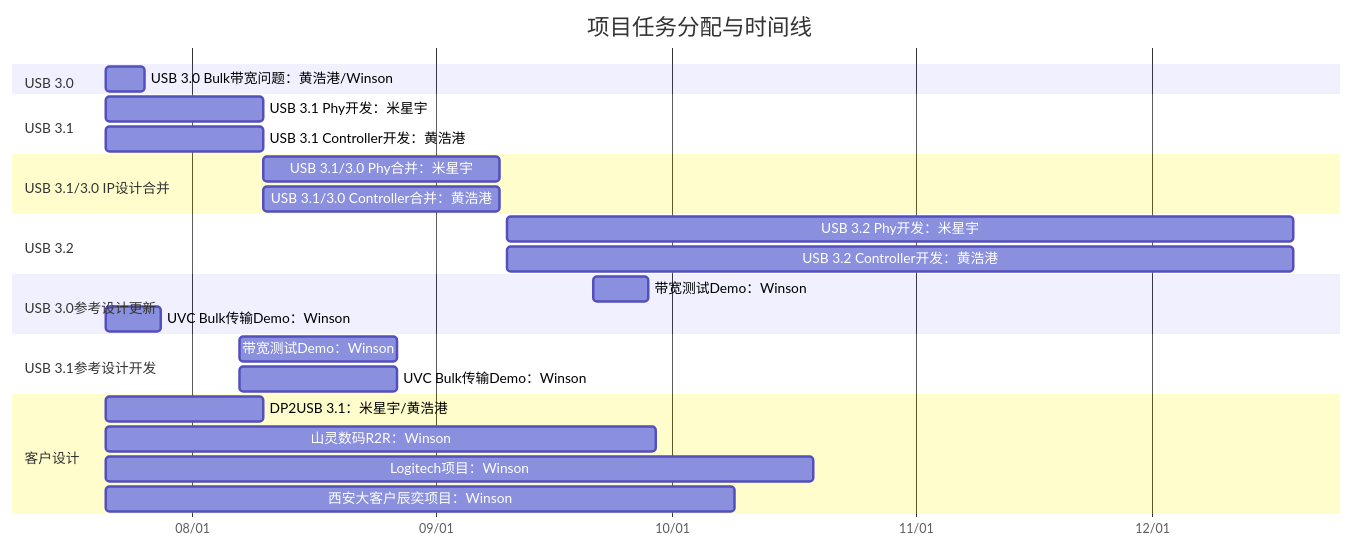
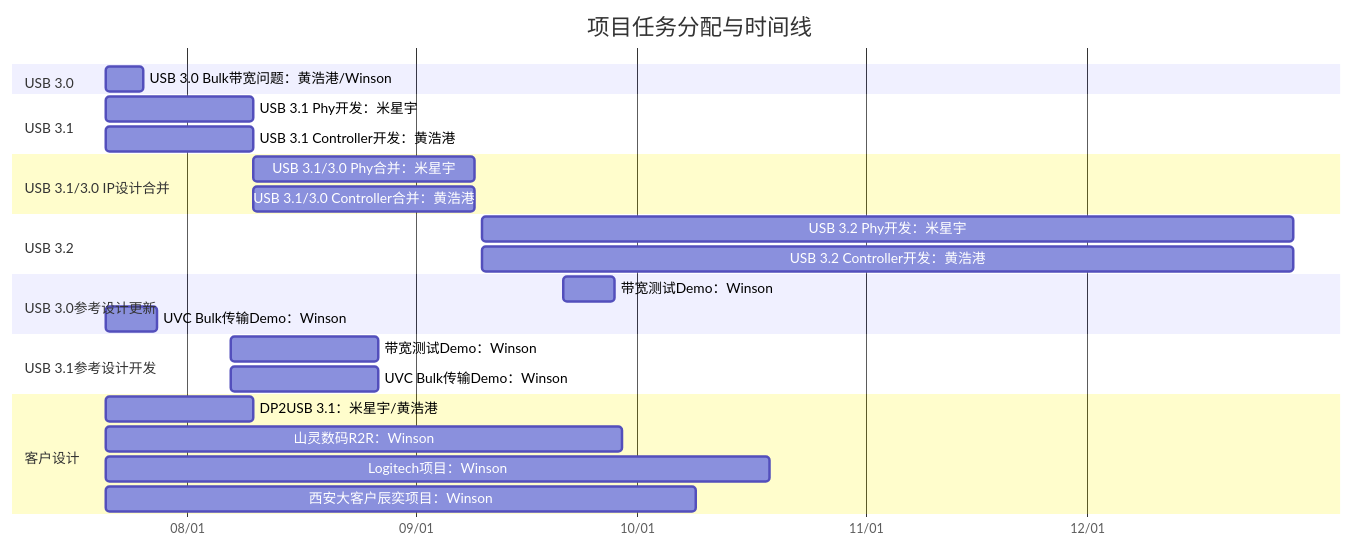
The diagram in all/未命名.md (winsonbook/iodraw-files), drawn with Mermaid before and after one commit.

Commit message:
2025-07-21 10:15:31 update

````diff
--- a/all/未命名.md
+++ b/all/未命名.md
@@ -1,35 +1,35 @@
 ```mermaid
 gantt
     title 项目任务分配与时间线
     dateFormat  YYYY-MM-DD
     axisFormat  %m/%d
 
     section USB 3.0
     USB 3.0 Bulk带宽问题：黄浩港/Winson   :    task1, 2025-07-21, 5d
 
     section USB 3.1
     USB 3.1 Phy开发：米星宇      :         task2, 2025-07-21, 20d
     USB 3.1 Controller开发：黄浩港      :  task3, 2025-07-21, 20d
 
     section USB 3.1/3.0 IP设计合并
     USB 3.1/3.0 Phy合并：米星宇       :    task4, 2025-08-10, 30d
     USB 3.1/3.0 Controller合并：黄浩港:    task5, 2025-08-10, 30d
 
     section USB 3.2
-    USB 3.2 Phy开发：米星宇      :         task2, 2025-09-10, 100d
-    USB 3.2 Controller开发：黄浩港      :  task3, 2025-09-10, 100d
+    USB 3.2 Phy开发：米星宇      :         task2, 2025-09-10, 110d
+    USB 3.2 Controller开发：黄浩港      :  task3, 2025-09-10, 110d
 
     section USB 3.0参考设计更新
     带宽测试Demo：Winson       :         task6, 2025-09-21, 7d
     UVC Bulk传输Demo：Winson   :        task7, 2025-07-21, 7d
 
     section USB 3.1参考设计开发
     带宽测试Demo：Winson       :         task8, 2025-08-07, 20d
     UVC Bulk传输Demo：Winson   :         task9, 2025-08-07, 20d
 
     section 客户设计
     DP2USB 3.1：米星宇/黄浩港      :task10, 2025-07-21, 20d
     山灵数码R2R：Winson :             task11, 2025-07-21, 70d
     Logitech项目：Winson :            task12, 2025-07-21, 90d
     西安大客户辰奕项目：Winson :       task13, 2025-07-21, 80d
 ```
````
